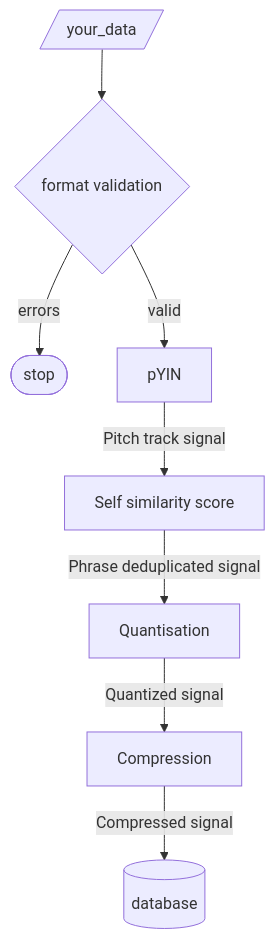
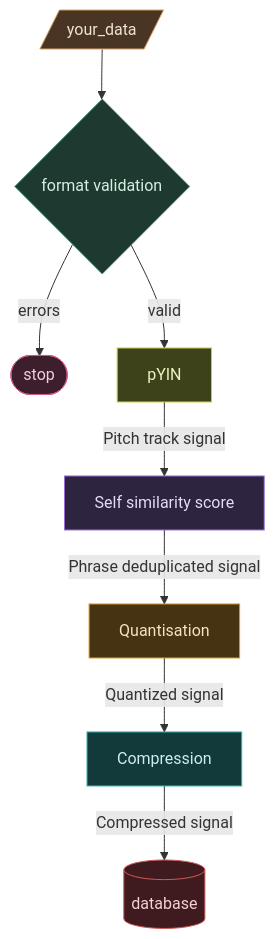
Before and after one commit to vivekvjyn/Strawberry-Fields: the diagram in README.md, drawn with Mermaid. The commit also changed other lines of this file, not shown here.

Commit message:
mermaid colors

````diff
--- a/README.md
+++ b/README.md
@@ -15,19 +15,28 @@
 ```mermaid
 flowchart TD
-    Data[/"your_data"/]
-    Validate{"format validation"}
-    Stop([stop])
-    Extract["pYIN"]
-    Dedupe["Self similarity score"]
-    Quantise["Quantisation"]
-    Compress["Compression"]
-    Database[("database")]
+    Data[/"your_data"/]:::data
+    Validate{"format validation"}:::check
+    Stop([stop]):::stop
+    Extract["pYIN"]:::pyin
+    Dedupe["Self similarity score"]:::similarity
+    Quantise["Quantisation"]:::quantise
+    Compress["Compression"]:::compress
+    Database[("database")]:::store
 
     Data --> Validate
     Validate -->|errors| Stop
     Validate -->|valid| Extract
     Extract --> |Pitch track signal| Dedupe
     Dedupe --> |Phrase deduplicated signal| Quantise
     Quantise --> |Quantized signal| Compress
     Compress --> |Compressed signal| Database
+
+    classDef data fill:#4a3524,stroke:#d9a066,color:#f0e3d3
+    classDef check fill:#1e3a30,stroke:#4e9e7a,color:#d6efe3
+    classDef stop fill:#3d1e2d,stroke:#d05a86,color:#f4cede
+    classDef pyin fill:#3e421a,stroke:#c9d13b,color:#eef2c2
+    classDef similarity fill:#2d2440,stroke:#9b6dd6,color:#e7dbf7
+    classDef quantise fill:#453312,stroke:#d99a2b,color:#f6e4bf
+    classDef compress fill:#123a3a,stroke:#2fb3ad,color:#cfedec
+    classDef store fill:#3f1a1e,stroke:#d05a5a,color:#f6d2d2
 ```
````
